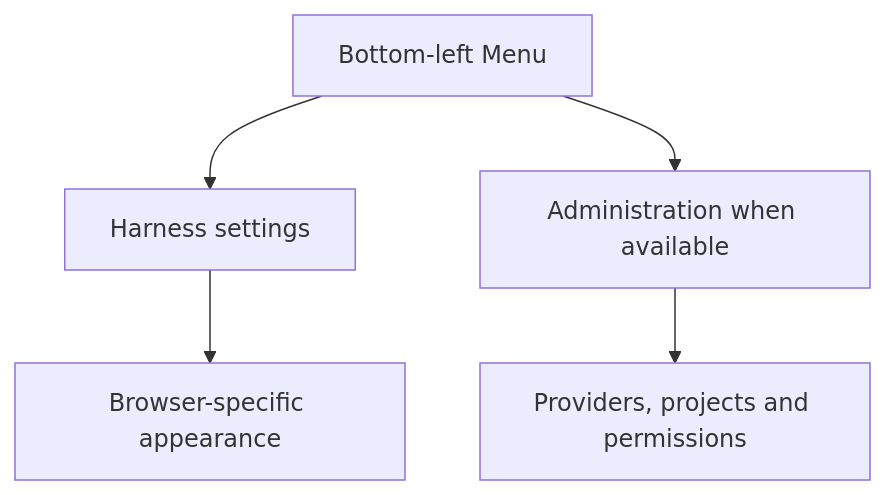
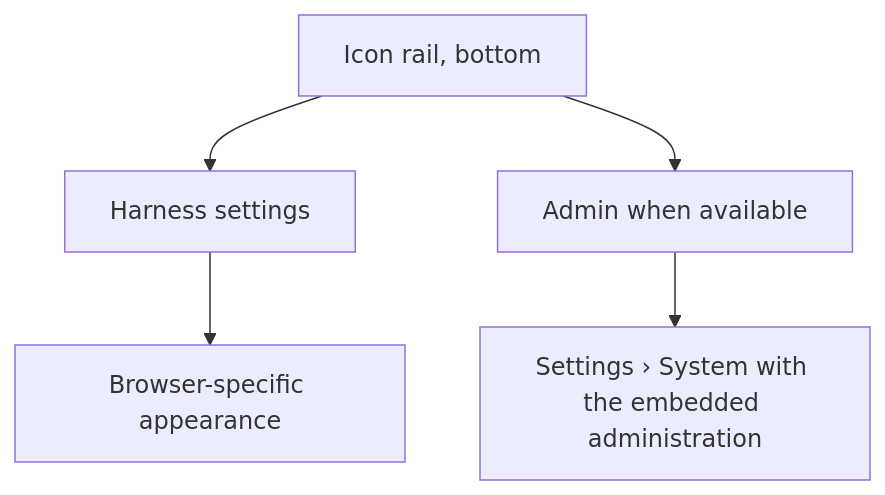
One commit to sophia-phillipa/keepharness changed the second of 2 diagrams in README.md. Above: the diagram before and after it, drawn with Mermaid. The commit also changed other lines of this file and 67 other files, not shown here.

````diff
--- a/README.md
+++ b/README.md
@@ -202,7 +202,7 @@
 ```mermaid
 flowchart TD
-  Menu[Bottom-left Menu] --> Settings[Harness settings]
-  Menu --> Admin[Administration when available]
+  Rail[Icon rail, bottom] --> Settings[Harness settings]
+  Rail --> Admin[Admin when available]
   Settings --> Appearance[Browser-specific appearance]
-  Admin --> Providers[Providers, projects and permissions]
+  Admin --> System[Settings › System with the embedded administration]
 ```
````
